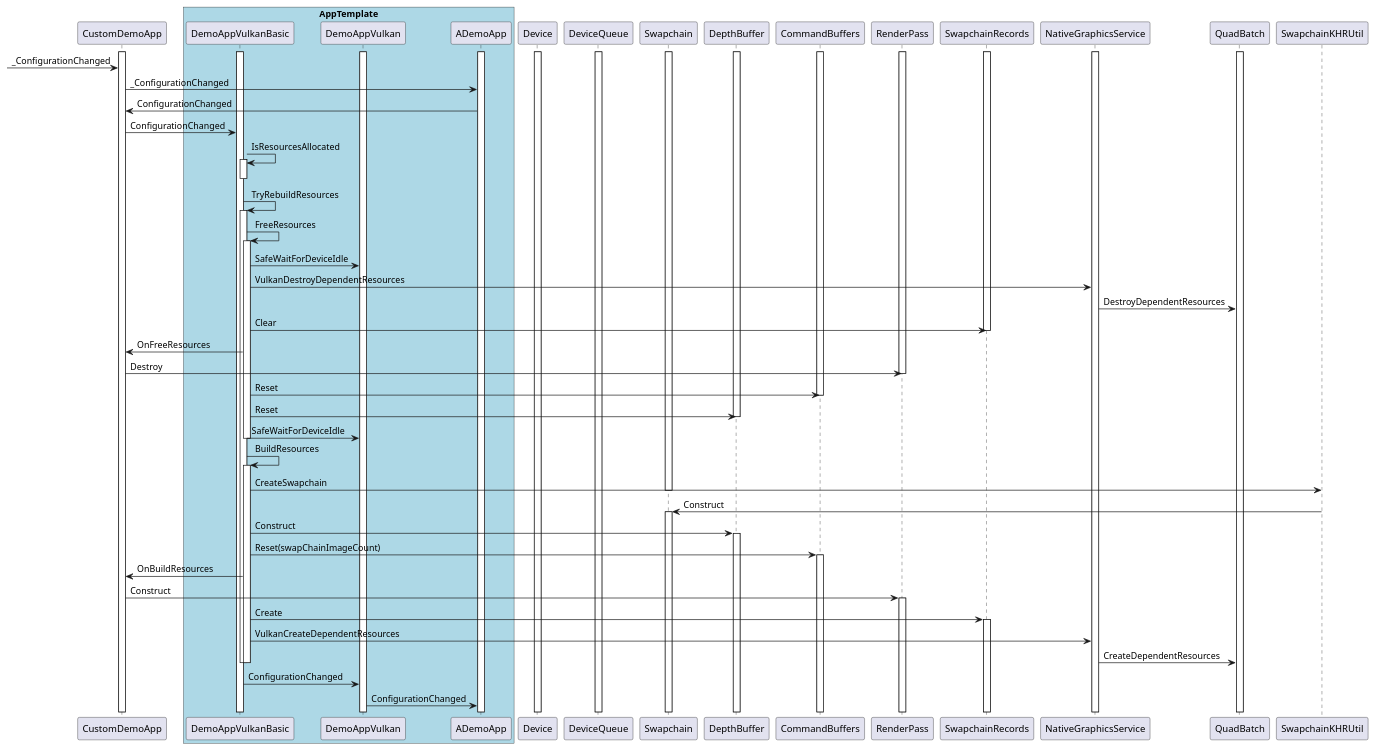
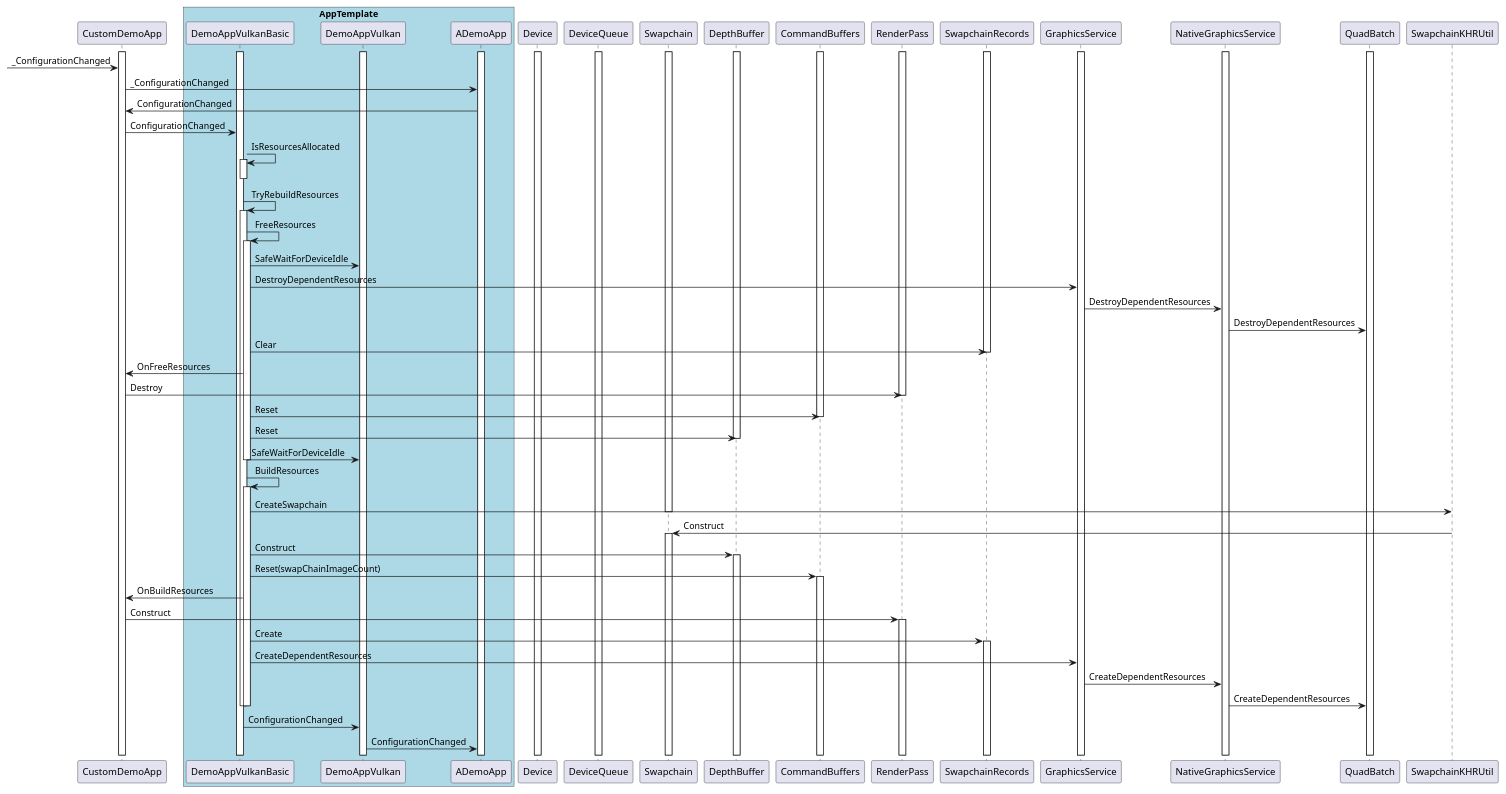
Before and after one commit to nxp-imx/gtec-demo-framework: the diagram in Doc/Vulkan/Diagrams/FslDemoApp.Vulkan__Flow_VulkanDemoAppBasic_Resize.pu, drawn with PlantUML. The commit also changed 2498 other files, not shown here.

```diff
--- a/Doc/Vulkan/Diagrams/FslDemoApp.Vulkan__Flow_VulkanDemoAppBasic_Resize.pu
+++ b/Doc/Vulkan/Diagrams/FslDemoApp.Vulkan__Flow_VulkanDemoAppBasic_Resize.pu
@@ -1,62 +1,65 @@
 @startuml VulkanDemoAppBasic Resize Flow
 
 activate CustomDemoApp
 activate DemoAppVulkanBasic
 activate DemoAppVulkan
 activate ADemoApp
 
 box "AppTemplate" #LightBlue
     participant DemoAppVulkanBasic
     participant DemoAppVulkan
     participant ADemoApp
 end box
 
 activate Device
 activate DeviceQueue
 activate Swapchain
 activate DepthBuffer
 activate CommandBuffers
 activate RenderPass
 activate SwapchainRecords
+activate GraphicsService
 activate NativeGraphicsService
 activate QuadBatch
 
 ->CustomDemoApp: _ConfigurationChanged
 CustomDemoApp->ADemoApp: _ConfigurationChanged
 ADemoApp->CustomDemoApp: ConfigurationChanged
 CustomDemoApp->DemoAppVulkanBasic: ConfigurationChanged
 DemoAppVulkanBasic->DemoAppVulkanBasic++: IsResourcesAllocated
 deactivate DemoAppVulkanBasic
 DemoAppVulkanBasic->DemoAppVulkanBasic++: TryRebuildResources
 DemoAppVulkanBasic->DemoAppVulkanBasic++: FreeResources
 DemoAppVulkanBasic->DemoAppVulkan: SafeWaitForDeviceIdle
-DemoAppVulkanBasic->NativeGraphicsService: VulkanDestroyDependentResources
+DemoAppVulkanBasic->GraphicsService: DestroyDependentResources
+GraphicsService->NativeGraphicsService: DestroyDependentResources
 NativeGraphicsService->QuadBatch: DestroyDependentResources
 DemoAppVulkanBasic->SwapchainRecords: Clear
 deactivate SwapchainRecords
 DemoAppVulkanBasic->CustomDemoApp: OnFreeResources
 CustomDemoApp->RenderPass: Destroy
 deactivate RenderPass
 DemoAppVulkanBasic->CommandBuffers: Reset
 deactivate CommandBuffers
 DemoAppVulkanBasic->DepthBuffer: Reset
 deactivate DepthBuffer
 DemoAppVulkanBasic->DemoAppVulkan: SafeWaitForDeviceIdle
 deactivate DemoAppVulkanBasic
 DemoAppVulkanBasic->DemoAppVulkanBasic++: BuildResources
 DemoAppVulkanBasic->SwapchainKHRUtil: CreateSwapchain
 deactivate Swapchain
 SwapchainKHRUtil->Swapchain++: Construct
 DemoAppVulkanBasic->DepthBuffer++: Construct
 DemoAppVulkanBasic->CommandBuffers++: Reset(swapChainImageCount)
 DemoAppVulkanBasic->CustomDemoApp: OnBuildResources
 CustomDemoApp->RenderPass++: Construct
 DemoAppVulkanBasic->SwapchainRecords++: Create
-DemoAppVulkanBasic->NativeGraphicsService: VulkanCreateDependentResources
+DemoAppVulkanBasic->GraphicsService: CreateDependentResources
+GraphicsService->NativeGraphicsService: CreateDependentResources
 NativeGraphicsService->QuadBatch: CreateDependentResources
 deactivate DemoAppVulkanBasic
 deactivate DemoAppVulkanBasic
 DemoAppVulkanBasic->DemoAppVulkan: ConfigurationChanged
 DemoAppVulkan->ADemoApp: ConfigurationChanged
 
 @enduml
```
